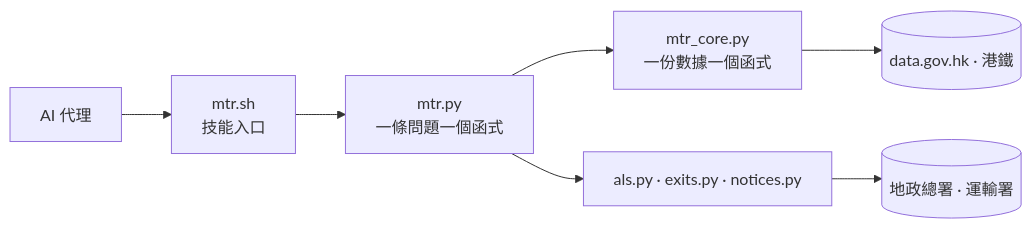
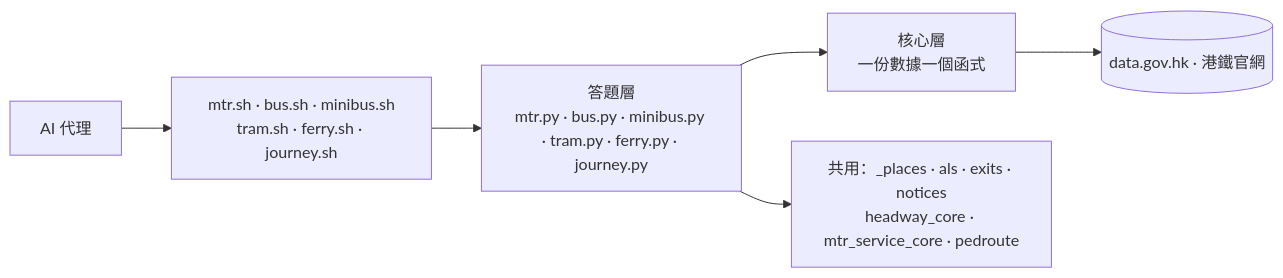
One commit to gnokit/hk-transport changed the diagram in README.zh.md. Above: the diagram before and after it, drawn with Mermaid. The commit also changed other lines of this file and 5 other files, not shown here.

````diff
--- a/README.zh.md
+++ b/README.zh.md
@@ -167,9 +169,8 @@
 ```mermaid
 graph LR
-  A[AI 代理] --> B[mtr.sh<br/>技能入口]
-  B --> C[mtr.py<br/>一條問題一個函式]
-  C --> D[mtr_core.py<br/>一份數據一個函式]
-  C --> E[als.py · exits.py · notices.py]
-  D --> F[(data.gov.hk · 港鐵)]
-  E --> G[(地政總署 · 運輸署)]
+  A[AI 代理] --> B[mtr.sh · bus.sh · minibus.sh<br/>tram.sh · ferry.sh · journey.sh]
+  B --> C[答題層<br/>mtr.py · bus.py · minibus.py · tram.py · ferry.py · journey.py]
+  C --> D[核心層<br/>一份數據一個函式]
+  D --> F[(data.gov.hk · 港鐵官網)]
+  C --> E[共用：_places · als · exits · notices<br/>headway_core · mtr_service_core · pedroute]
 ```
````
